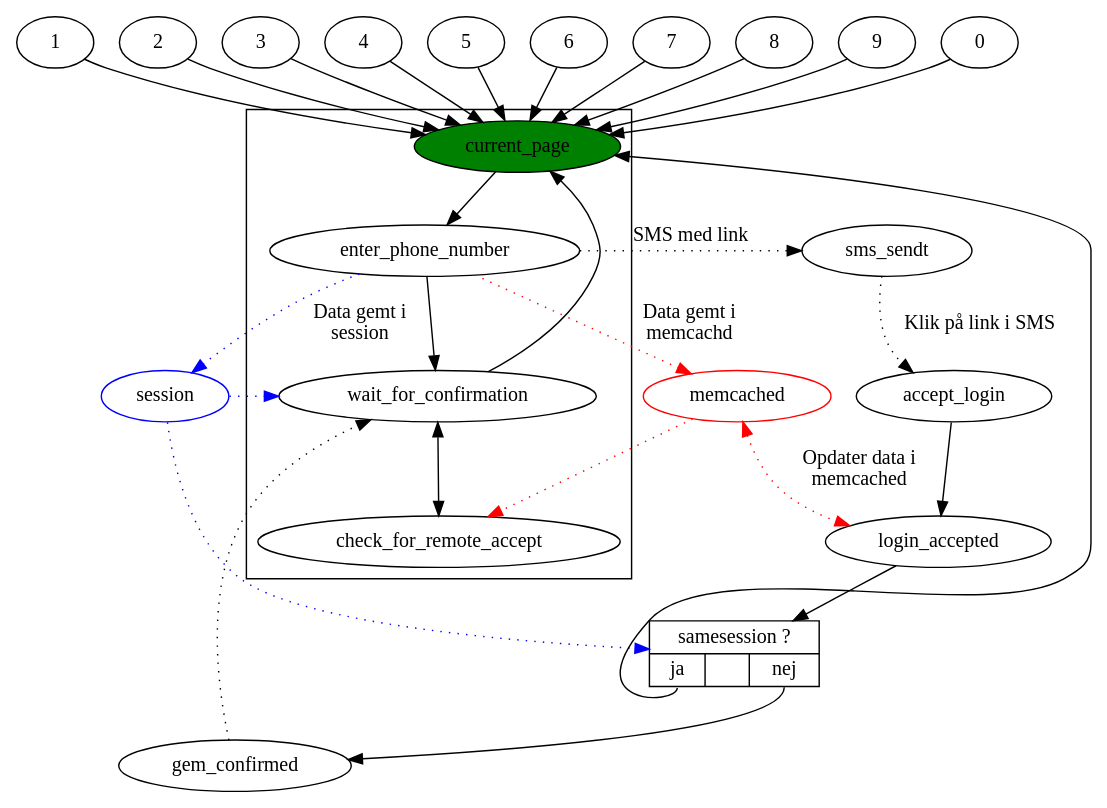
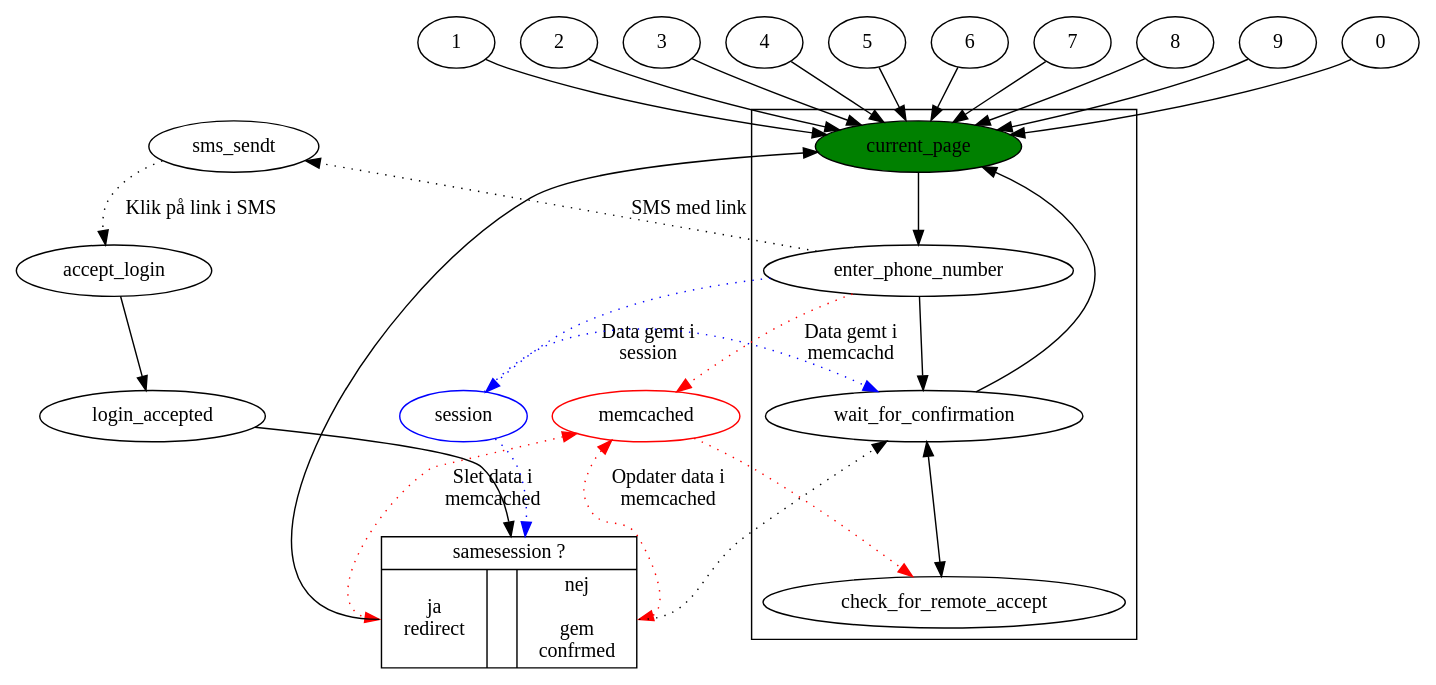
The diagram in projekter/sms-login.dot (alslug/alslug.dk), drawn with Graphviz before and after one commit.

```diff
--- a/projekter/sms-login.dot
+++ b/projekter/sms-login.dot
@@ -1,47 +1,43 @@
 digraph xxx {
   {1,2,3,4,5,6,7,8,9,0} -> current_page;
   {
     edge [ color=red style=dotted ];
 ////////////////////////////////////////////////////////////////////////////////////////////
     enter_phone_number -> memcached [ label="Data gemt i \nmemcachd"]; /////
                           memcached [ color = red ];
                           memcached -> check_for_remote_accept;
-                          memcached -> login_accepted [ label = "Opdater data i \nmemcached" dir=both ];
+                          memcached -> same_session:ja [ label = "Slet data i \nmemcached" dir=both ];
+                          memcached -> same_session:nej [ label = "Opdater data i \nmemcached" dir=both ];
 ////////////////////////////////////////////////////////////////////////////////////////////
   }
   {
     edge [ color=blue style=dotted ];
 ////////////////////////////////////////////////////////////////////////////////////////////
         enter_phone_number -> session [ label="Data gemt i \nsession"];    /////
                               session [ color = blue ];
                               session -> wait_for_confirmation;
                               session -> same_session;
 ////////////////////////////////////////////////////////////////////////////////////////////
   }
   subgraph cluster_x {
     current_page [ style=filled fillcolor=green ];
     current_page ->
           enter_phone_number ->
                 wait_for_confirmation ->
                       current_page;
                 wait_for_confirmation ->
                       check_for_remote_accept [ dir=both ];
   }
-  same_session [ shape=record label="{samesession ?|{<ja> ja| &nbsp; |<nej> nej}}" ];
+  same_session [ shape=record label="{samesession ?|{<ja> ja\nredirect| &nbsp; |<nej> nej\n\ngem\nconfrmed}}" ];
 ////////////////////////////////////////////////////////////////////////////////////////////
         enter_phone_number -> sms_sendt [ style= dotted label="SMS med link"];         /////
 ////////////////////////////////////////////////////////////////////////////////////////////
   sms_sendt ->
         accept_login [ style=dotted label="Klik på link i SMS" ];
         accept_login ->
               login_accepted->
                     same_session;
-                    same_session:ja ->
-                          current_page;
-                    same_session:nej ->
-                          gem_confirmed;
-////////////////////////////////////////////////////////////////////////////////////////////
-                          gem_confirmed ->                                       /////
-                                wait_for_confirmation [ style=dotted ];          /////
+                    same_session:ja -> current_page;
+                    same_session:nej -> wait_for_confirmation [ style=dotted ];          /////
 ////////////////////////////////////////////////////////////////////////////////////////////
 }
```
